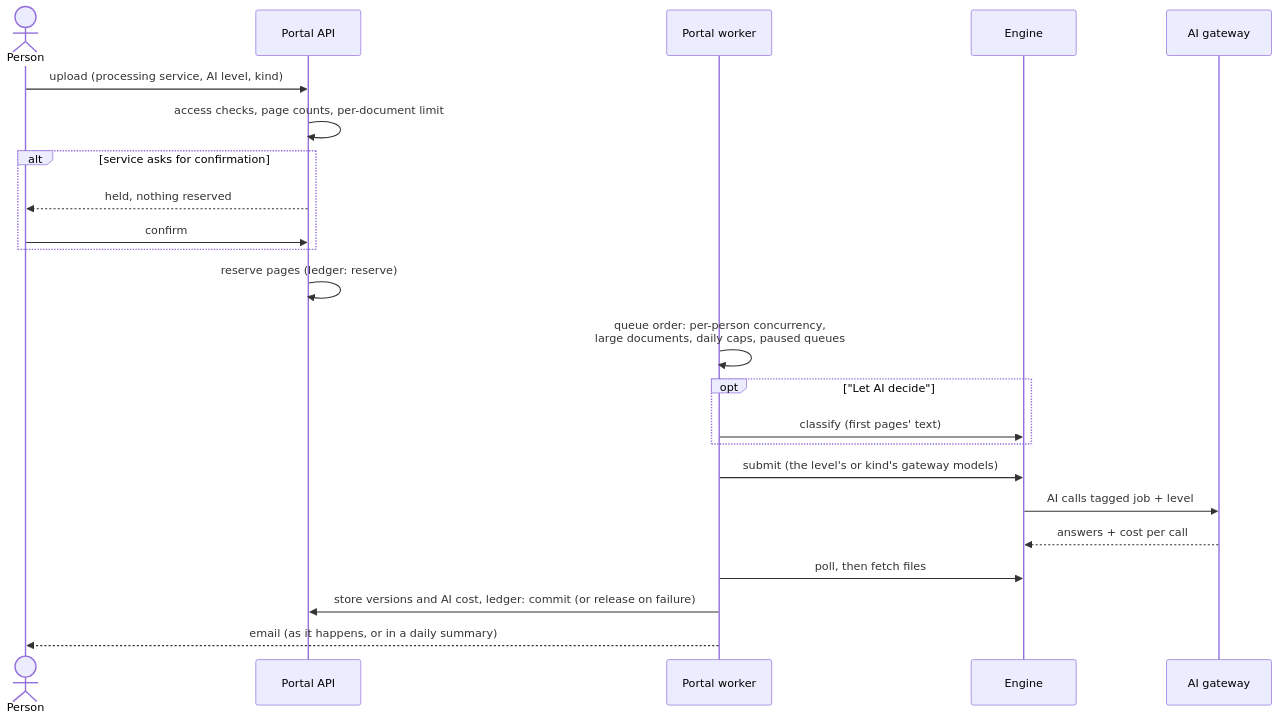
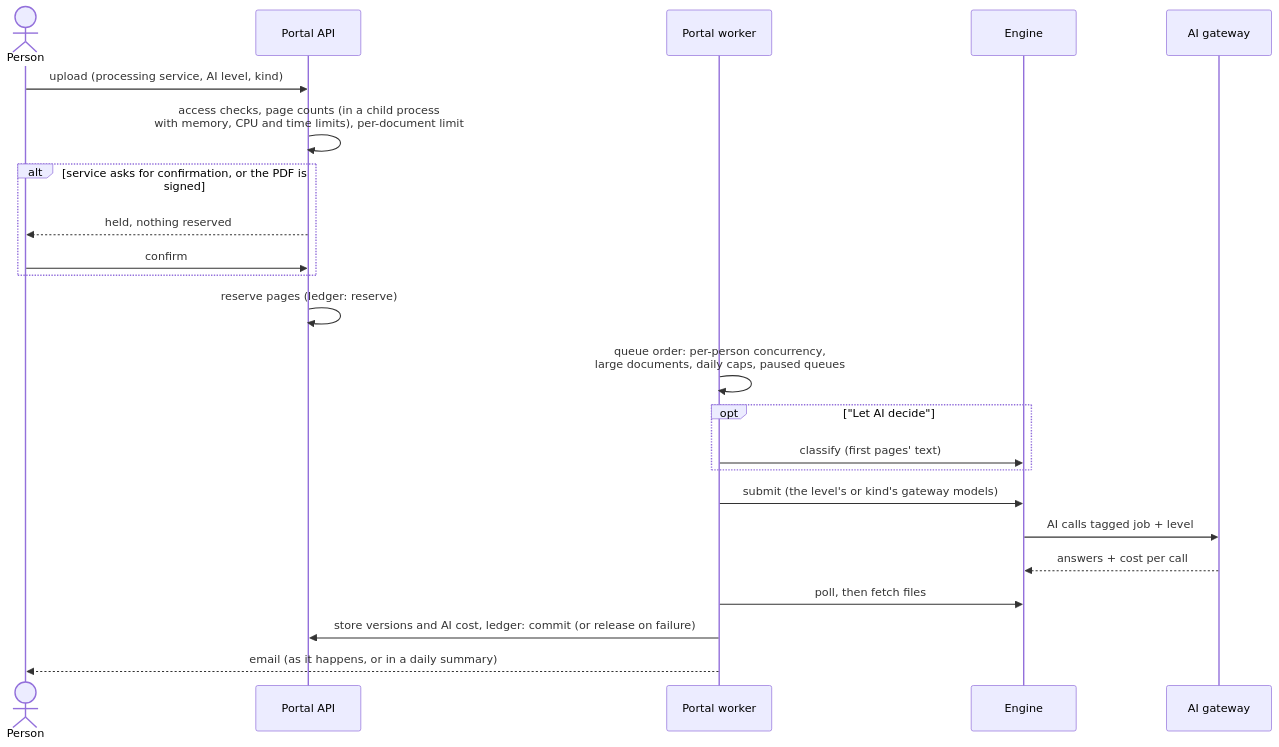
One commit to buffcleb/pdf-accessibility-remediation changed the second of 2 diagrams in docs/architecture/services-and-quotas.md. Above: the diagram before and after it, drawn with Mermaid. The commit also changed other lines of this file and 294 other files, not shown here.

````diff
--- a/docs/architecture/services-and-quotas.md
+++ b/docs/architecture/services-and-quotas.md
@@ -35,25 +41,25 @@
 ```mermaid
 sequenceDiagram
   actor U as Person
   participant P as Portal API
   participant W as Portal worker
   participant E as Engine
   participant G as AI gateway
   U->>P: upload (processing service, AI level, kind)
-  P->>P: access checks, page counts, per-document limit
-  alt service asks for confirmation
+  P->>P: access checks, page counts (in a child process<br/>with memory, CPU and time limits), per-document limit
+  alt service asks for confirmation, or the PDF is signed
     P-->>U: held, nothing reserved
     U->>P: confirm
   end
   P->>P: reserve pages (ledger: reserve)
   W->>W: queue order: per-person concurrency,<br/>large documents, daily caps, paused queues
   opt "Let AI decide"
     W->>E: classify (first pages' text)
   end
   W->>E: submit (the level's or kind's gateway models)
   E->>G: AI calls tagged job + level
   G-->>E: answers + cost per call
   W->>E: poll, then fetch files
   W->>P: store versions and AI cost, ledger: commit (or release on failure)
   W-->>U: email (as it happens, or in a daily summary)
 ```
````
